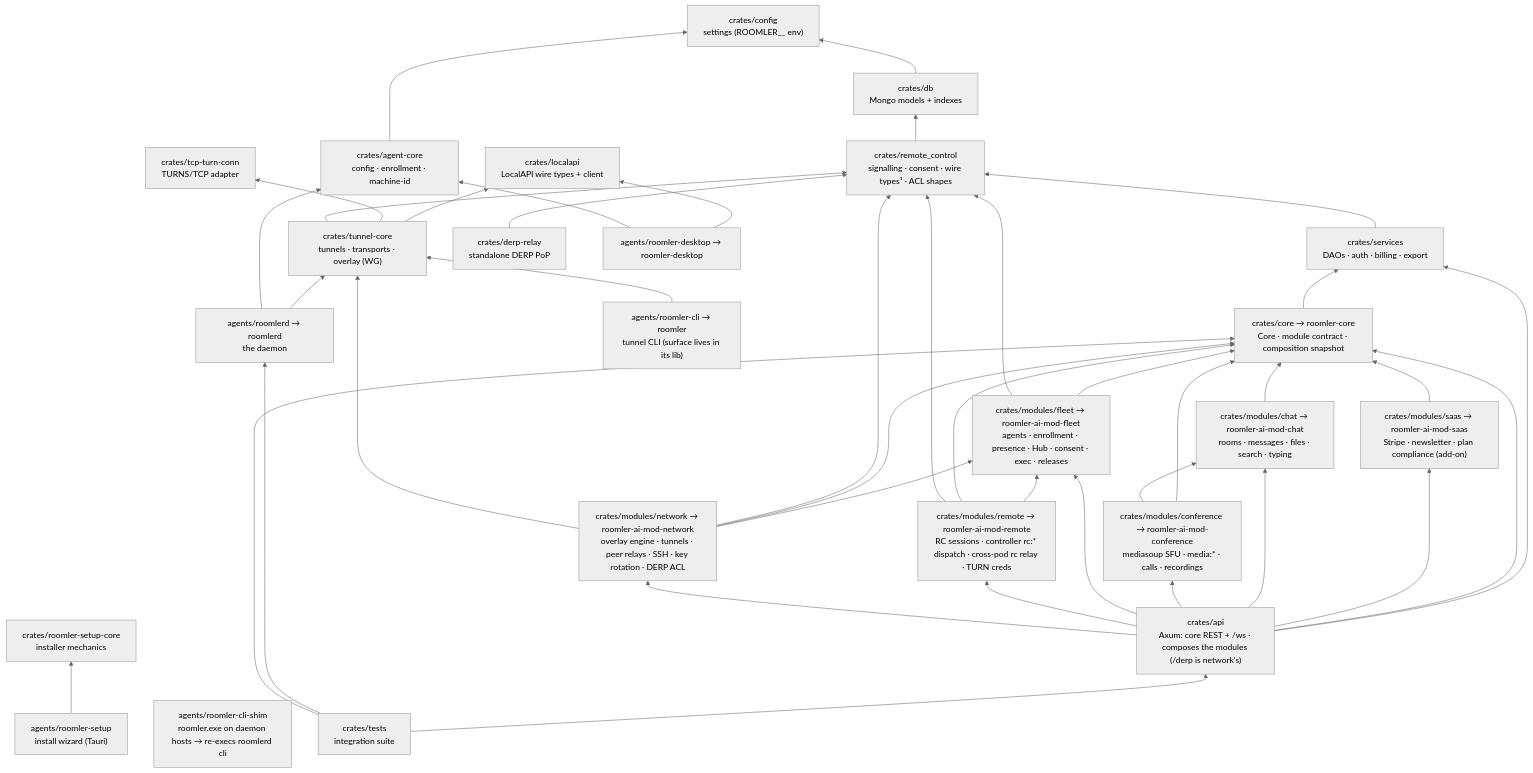
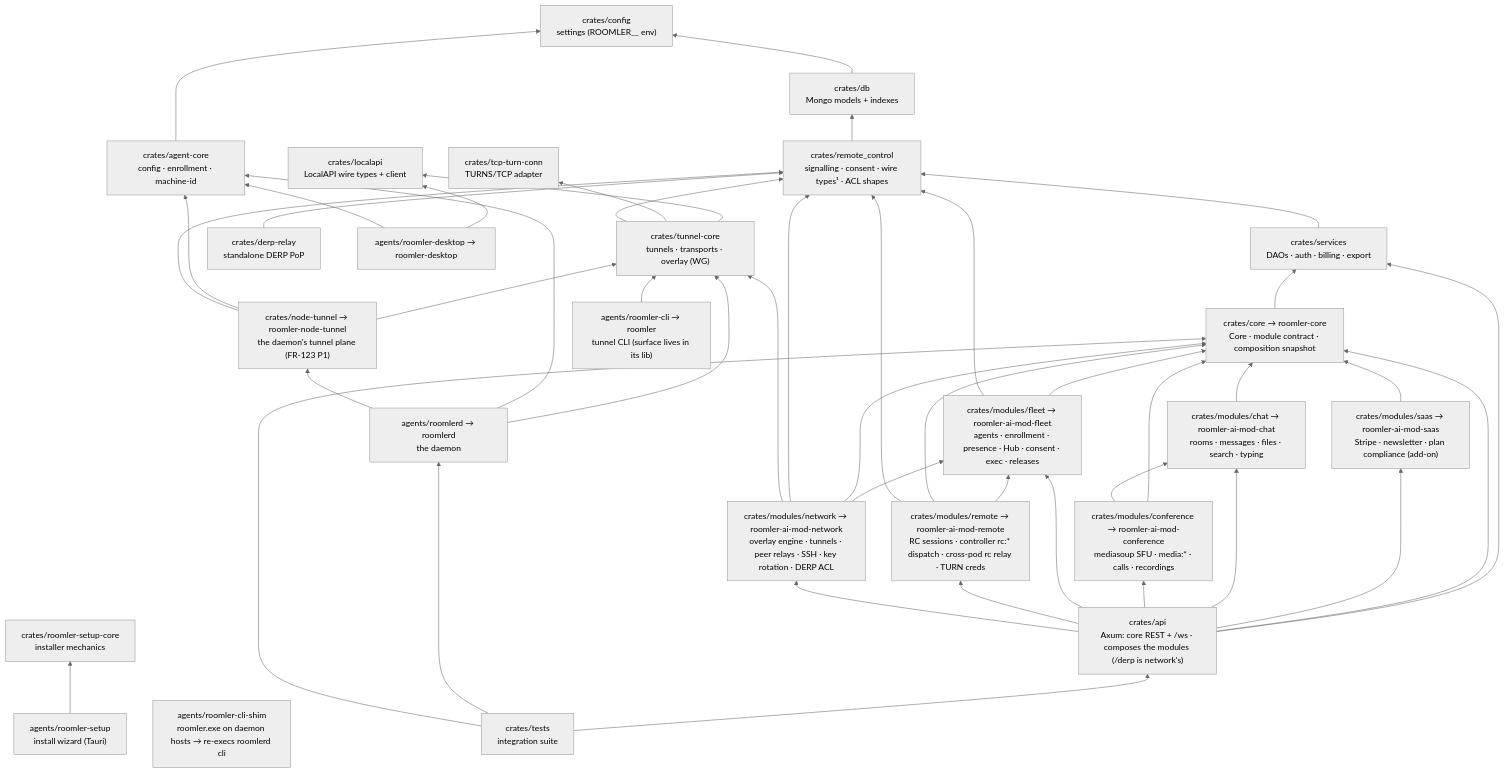
One commit to gjovanov/roomler-ai changed the third of 4 diagrams in docs/architecture.md. Above: the diagram before and after it, drawn with Mermaid (neutral theme). The commit also changed 34 other files, not shown here.

First line of the commit message:
feat(fr-123): P1 — the tunnel plane as roomler-node-tunnel, compiled beside the daemon

````diff
--- a/docs/architecture.md
+++ b/docs/architecture.md
@@ -100,50 +100,52 @@
 ```mermaid
 flowchart BT
     config["crates/config<br/>settings (ROOMLER__ env)"]
     db["crates/db<br/>Mongo models + indexes"]
     core["crates/core → roomler-core<br/>Core · module contract · composition snapshot"]
     saas["crates/modules/saas → roomler-ai-mod-saas<br/>Stripe · newsletter · plan compliance (add-on)"]
     chat["crates/modules/chat → roomler-ai-mod-chat<br/>rooms · messages · files · search · typing"]
     conference["crates/modules/conference → roomler-ai-mod-conference<br/>mediasoup SFU · media:* · calls · recordings"]
     fleet["crates/modules/fleet → roomler-ai-mod-fleet<br/>agents · enrollment · presence · Hub · consent · exec · releases"]
     remote["crates/modules/remote → roomler-ai-mod-remote<br/>RC sessions · controller rc:* dispatch · cross-pod rc relay · TURN creds"]
     network["crates/modules/network → roomler-ai-mod-network<br/>overlay engine · tunnels · peer relays · SSH · key rotation · DERP ACL"]
     rc["crates/remote_control<br/>signalling · consent · wire types¹ · ACL shapes"]
     services["crates/services<br/>DAOs · auth · billing · export"]
     api["crates/api<br/>Axum: core REST + /ws · composes the modules (/derp is network's)"]
     tests["crates/tests<br/>integration suite"]
 
     localapi["crates/localapi<br/>LocalAPI wire types + client"]
     agentcore["crates/agent-core<br/>config · enrollment · machine-id"]
     tunnelcore["crates/tunnel-core<br/>tunnels · transports · overlay (WG)"]
+    nodetunnel["crates/node-tunnel → roomler-node-tunnel<br/>the daemon's tunnel plane (FR-123 P1)"]
     tcpturn["crates/tcp-turn-conn<br/>TURNS/TCP adapter"]
     derprelay["crates/derp-relay<br/>standalone DERP PoP"]
     setupcore["crates/roomler-setup-core<br/>installer mechanics"]
 
     roomlerd["agents/roomlerd → roomlerd<br/>the daemon"]
     tunnel["agents/roomler-cli → roomler<br/>tunnel CLI (surface lives in its lib)"]
     shim["agents/roomler-cli-shim<br/>roomler.exe on daemon hosts → re-execs roomlerd cli"]
     tray["agents/roomler-desktop → roomler-desktop"]
     setup["agents/roomler-setup<br/>install wizard (Tauri)"]
 
     db --> config
     core --> services
     saas --> core
     chat --> core
     conference --> core & chat
     fleet --> core & rc
     remote --> fleet & core & rc
     network --> fleet & core & rc & tunnelcore
     rc --> db
     services --> rc
     api --> services & core & saas & chat & conference & fleet & remote & network
     tests --> api & roomlerd & core
 
     tunnelcore --> localapi & tcpturn & rc
     agentcore --> config
-    roomlerd --> tunnelcore & agentcore
+    nodetunnel --> tunnelcore & agentcore & rc
+    roomlerd --> tunnelcore & agentcore & nodetunnel
     tunnel --> tunnelcore
     tray --> localapi & agentcore
     setup --> setupcore
     derprelay --> rc
 ```
````
